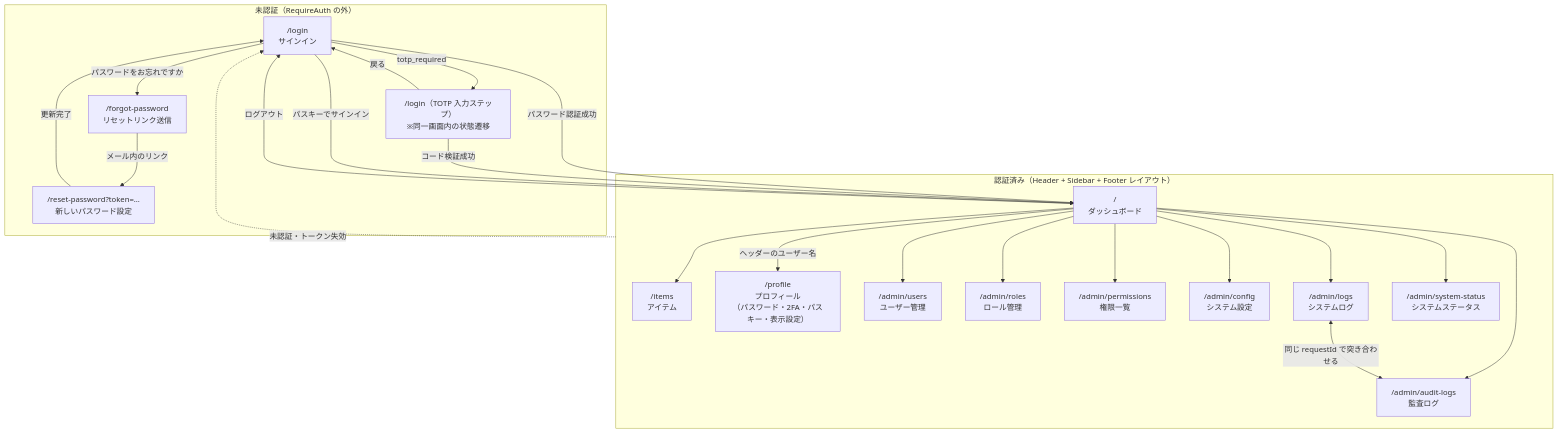
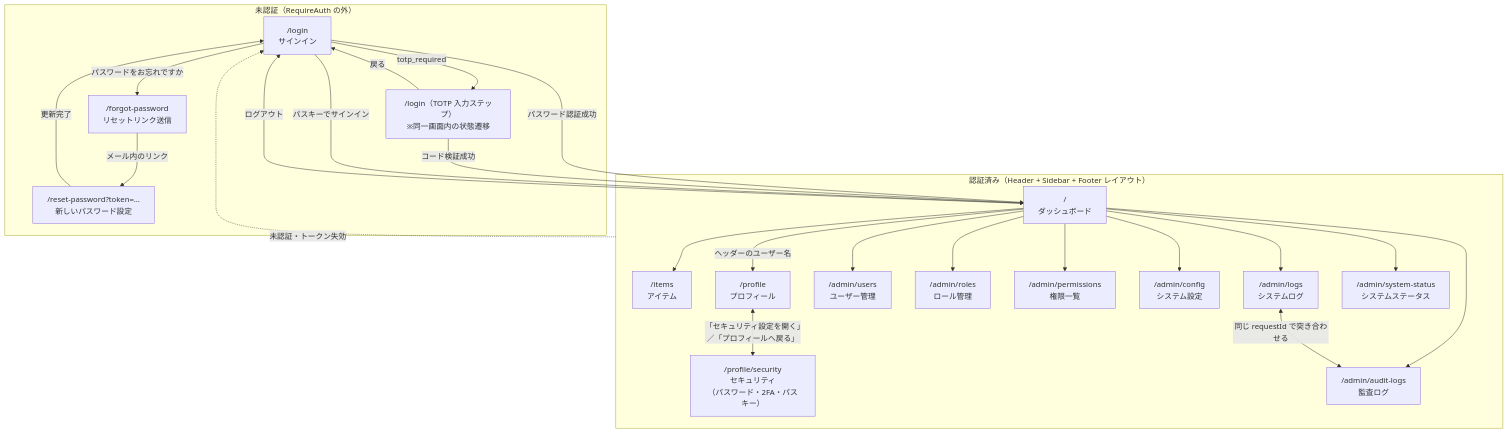
The diagram in frontend/README.md (kiyoteruhosoda/fastapitemplate), drawn with Mermaid before and after one commit. The commit also changed other lines of this file and 12 other files, not shown here.

````diff
--- a/frontend/README.md
+++ b/frontend/README.md
@@ -35,45 +35,47 @@
 ```mermaid
 flowchart TD
     subgraph public["未認証（RequireAuth の外）"]
         Login["/login<br/>サインイン"]
         Totp["/login（TOTP 入力ステップ）<br/>※同一画面内の状態遷移"]
         Forgot["/forgot-password<br/>リセットリンク送信"]
         Reset["/reset-password?token=…<br/>新しいパスワード設定"]
     end
 
     subgraph private["認証済み（Header + Sidebar + Footer レイアウト）"]
         Dashboard["/<br/>ダッシュボード"]
         Items["/items<br/>アイテム"]
-        Profile["/profile<br/>プロフィール<br/>（パスワード・2FA・パスキー・表示設定）"]
+        Profile["/profile<br/>プロフィール"]
+        Security["/profile/security<br/>セキュリティ<br/>（パスワード・2FA・パスキー）"]
         Users["/admin/users<br/>ユーザー管理"]
         Roles["/admin/roles<br/>ロール管理"]
         Perms["/admin/permissions<br/>権限一覧"]
         Config["/admin/config<br/>システム設定"]
         Logs["/admin/logs<br/>システムログ"]
         Audit["/admin/audit-logs<br/>監査ログ"]
         Status["/admin/system-status<br/>システムステータス"]
     end
 
     Login -->|"パスワード認証成功"| Dashboard
     Login -->|"totp_required"| Totp
     Totp -->|"コード検証成功"| Dashboard
     Totp -->|"戻る"| Login
     Login -->|"パスキーでサインイン"| Dashboard
     Login -->|"パスワードをお忘れですか"| Forgot
     Forgot -->|"メール内のリンク"| Reset
     Reset -->|"更新完了"| Login
 
     private -.->|"未認証・トークン失効"| Login
     Dashboard -->|"ログアウト"| Login
 
     Dashboard --> Items
     Dashboard --> Users
     Dashboard --> Roles
     Dashboard --> Perms
     Dashboard --> Config
     Dashboard --> Logs
     Dashboard --> Audit
     Dashboard --> Status
     Logs <-->|"同じ requestId で突き合わせる"| Audit
     Dashboard -->|"ヘッダーのユーザー名"| Profile
+    Profile <-->|"「セキュリティ設定を開く」／「プロフィールへ戻る」"| Security
 ```
````
